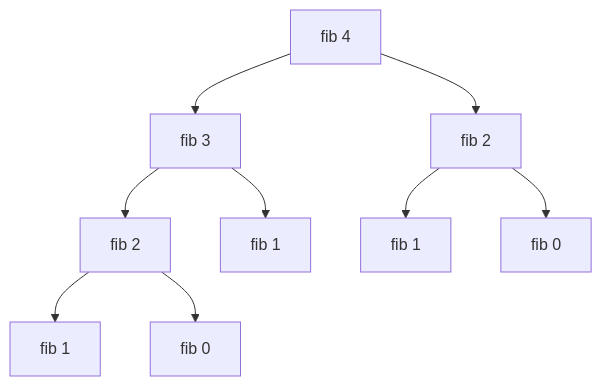
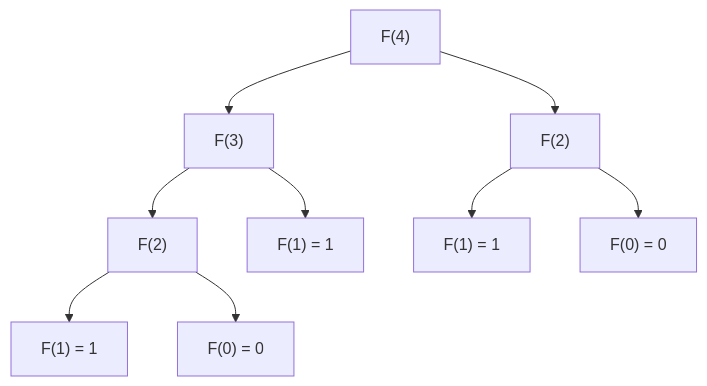
Before and after one commit to pedrotescaro/Stacklyst: the diagram in content/enade/estruturas-de-dados/recursividade.md, drawn with Mermaid. The commit also changed other lines of this file and 84 other files, not shown here.

Commit message:
feat(enade): redraw study library diagrams

````diff
--- a/content/enade/estruturas-de-dados/recursividade.md
+++ b/content/enade/estruturas-de-dados/recursividade.md
@@ -92,11 +94,11 @@
-```mermaid Árvore de chamadas de fib(4) — note as repetições
-flowchart TD
-  F4[fib 4] --> F3[fib 3]
-  F4 --> F2a[fib 2]
-  F3 --> F2b[fib 2]
-  F3 --> F1a[fib 1]
-  F2a --> F1b[fib 1]
-  F2a --> F0a[fib 0]
-  F2b --> F1c[fib 1]
-  F2b --> F0b[fib 0]
+```mermaid Chamadas repetidas de Fibonacci
+flowchart TB
+  F4["F(4)"] --> F3["F(3)"]
+  F4 --> F2a["F(2)"]
+  F3 --> F2b["F(2)"]
+  F3 --> F1a["F(1) = 1"]
+  F2a --> F1b["F(1) = 1"]
+  F2a --> F0a["F(0) = 0"]
+  F2b --> F1c["F(1) = 1"]
+  F2b --> F0b["F(0) = 0"]
 ```
````
